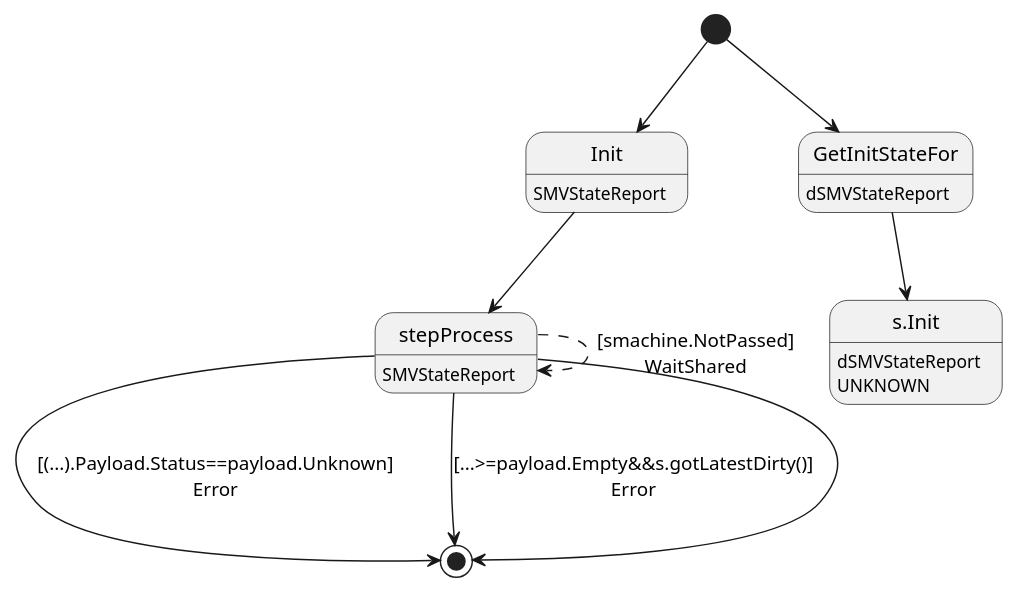
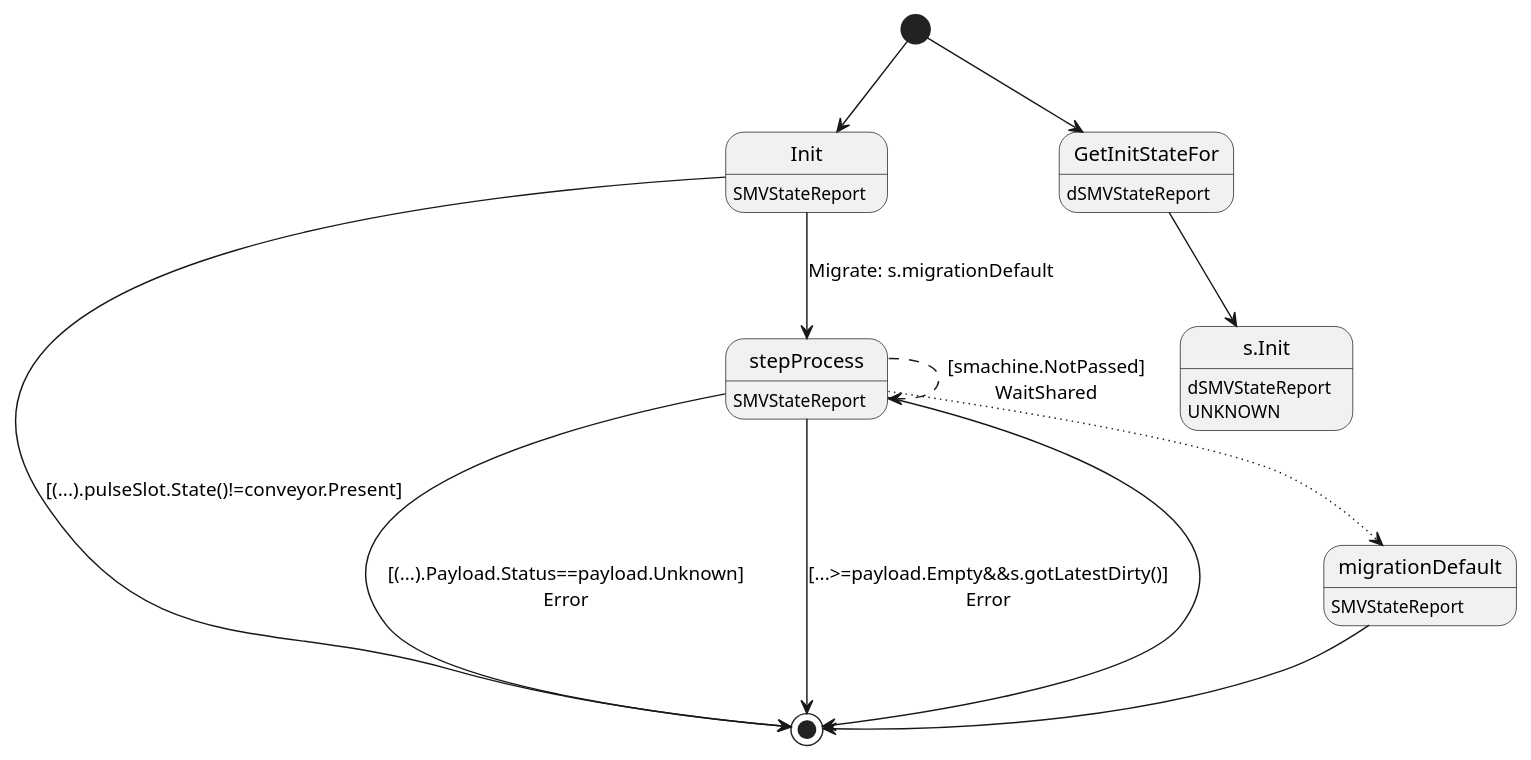
Before and after one commit to insolar/assured-ledger: the diagram in ledger-core/virtual/handlers/vstatereport.plantuml, drawn with PlantUML. The commit also changed 12 other files, not shown here.

Commit message:
Plat-536: fix process message in past pulse (#432)

```diff
--- a/ledger-core/virtual/handlers/vstatereport.plantuml
+++ b/ledger-core/virtual/handlers/vstatereport.plantuml
@@ -1,19 +1,24 @@
 @startuml
 state "Init" as T01_S001
 T01_S001 : SMVStateReport
 [*] --> T01_S001
-T01_S001 --> T01_S002
-state "stepProcess" as T01_S002
+T01_S001 --> [*] : [(...).pulseSlot.State()!=conveyor.Present]
+T01_S001 --> T01_S003 : Migrate: s.migrationDefault
+state "migrationDefault" as T01_S002
 T01_S002 : SMVStateReport
-T01_S002 --> [*] : [(...).Payload.Status==payload.Unknown]\nError
-T01_S002 --> [*] : [...>=payload.Empty&&s.gotLatestDirty()]\nError
-T01_S002 --[dashed]> T01_S002 : [smachine.NotPassed]\nWaitShared
 T01_S002 --> [*]
+state "stepProcess" as T01_S003
+T01_S003 : SMVStateReport
+T01_S003 --[dotted]> T01_S002
+T01_S003 --> [*] : [(...).Payload.Status==payload.Unknown]\nError
+T01_S003 --> [*] : [...>=payload.Empty&&s.gotLatestDirty()]\nError
+T01_S003 --[dashed]> T01_S003 : [smachine.NotPassed]\nWaitShared
+T01_S003 --> [*]
 state "GetInitStateFor" as T00_S001
 T00_S001 : dSMVStateReport
 [*] --> T00_S001
 state "s.Init" as T00_U001
 T00_U001 : dSMVStateReport
 T00_U001 : UNKNOWN 
 T00_S001 --> T00_U001
 @enduml
```
